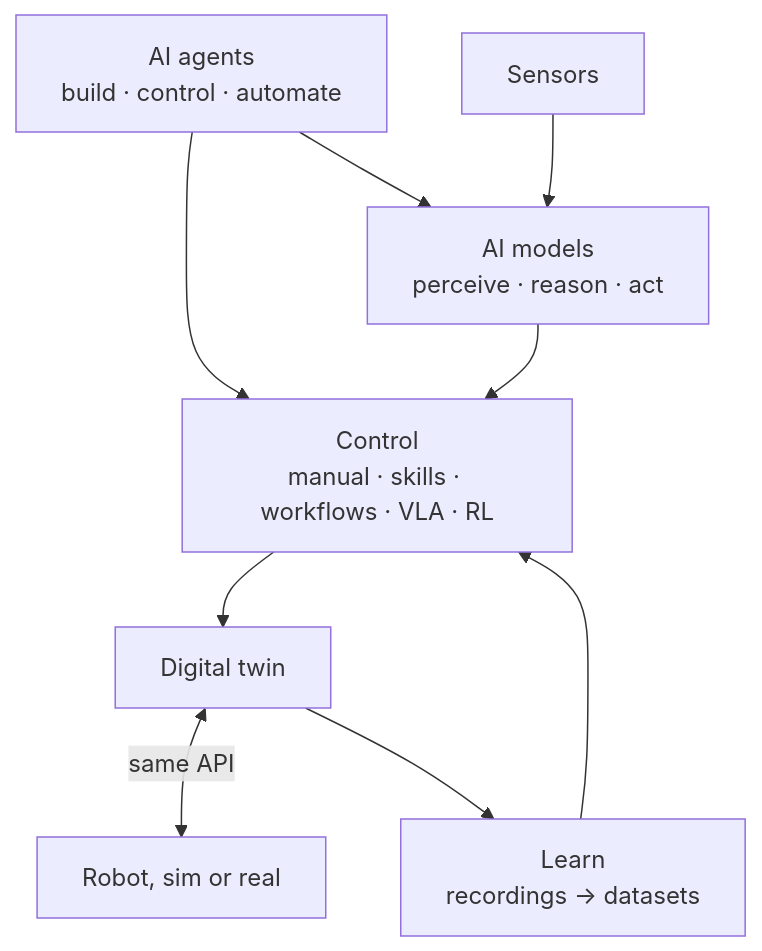
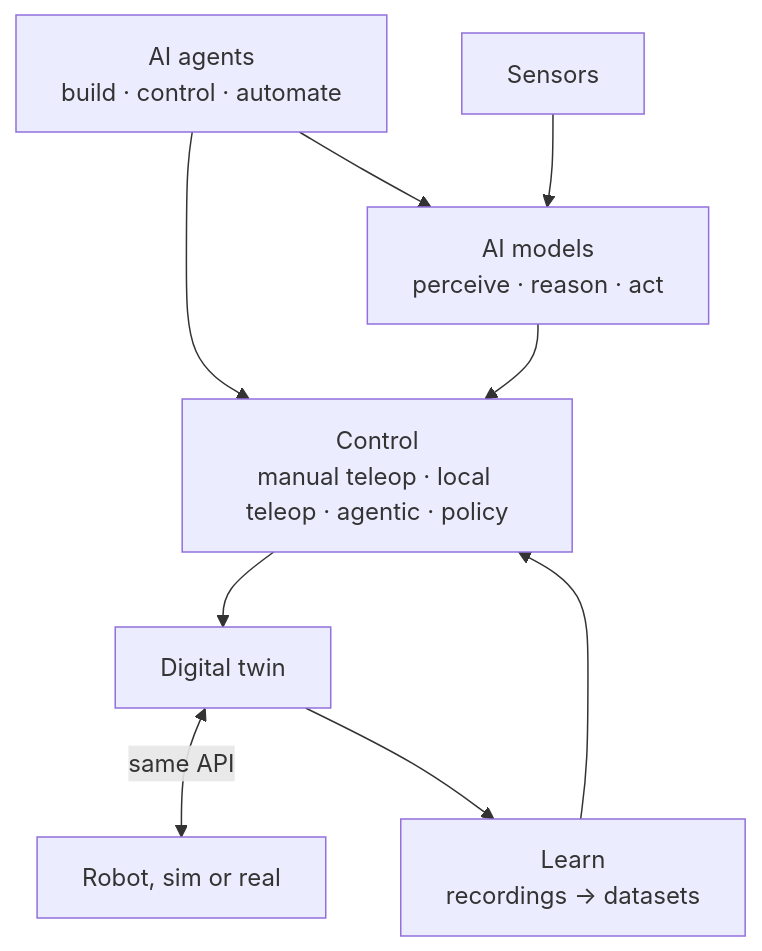
One commit to cyberwave-os/docs-mintlify changed the diagram in ai/overview.mdx. Above: the diagram before and after it, drawn with Mermaid. The commit also changed other lines of this file and 58 other files, not shown here.

````diff
--- a/ai/overview.mdx
+++ b/ai/overview.mdx
@@ -12,12 +12,12 @@
 ```mermaid
 flowchart TB
   A[AI agents<br/>build · control · automate]
   A --> P[AI models<br/>perceive · reason · act]
-  A --> C[Control<br/>manual · skills · workflows · VLA · RL]
+  A --> C[Control<br/>manual teleop · local teleop · agentic · policy]
   S[Sensors] --> P
   P --> C
   C --> T[Digital twin]
   T <-->|same API| R[Robot, sim or real]
   T --> L[Learn<br/>recordings → datasets]
   L --> C
 ```
````
